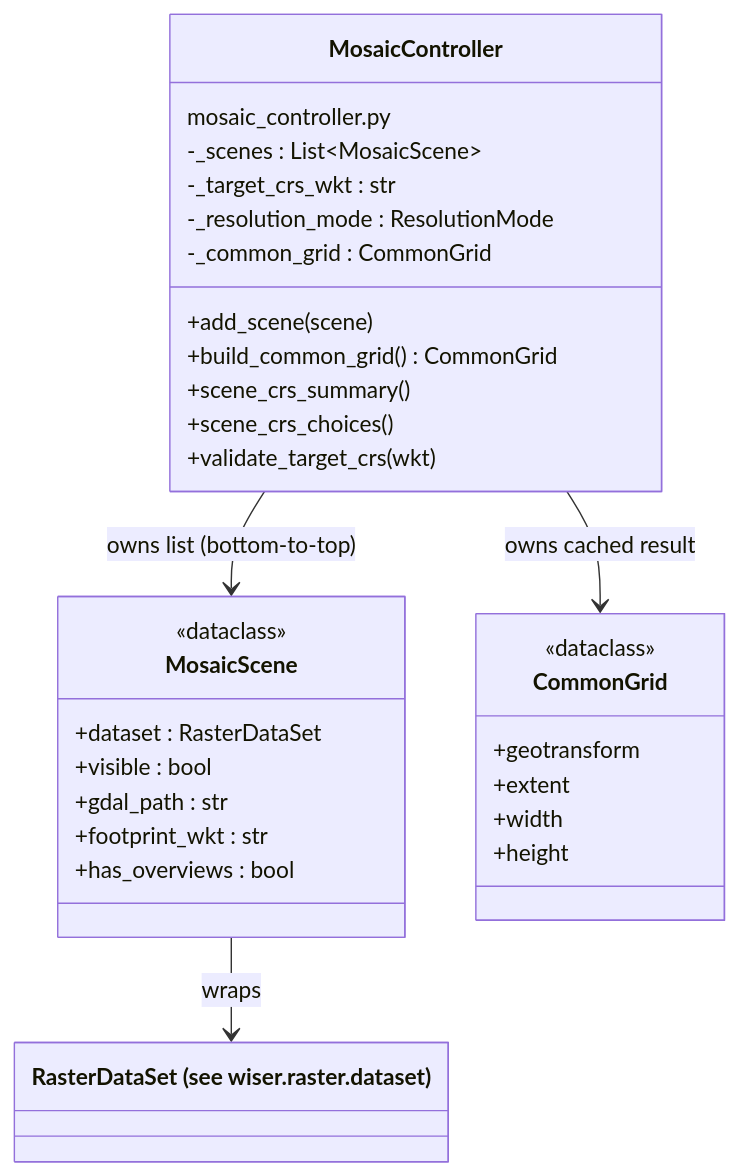
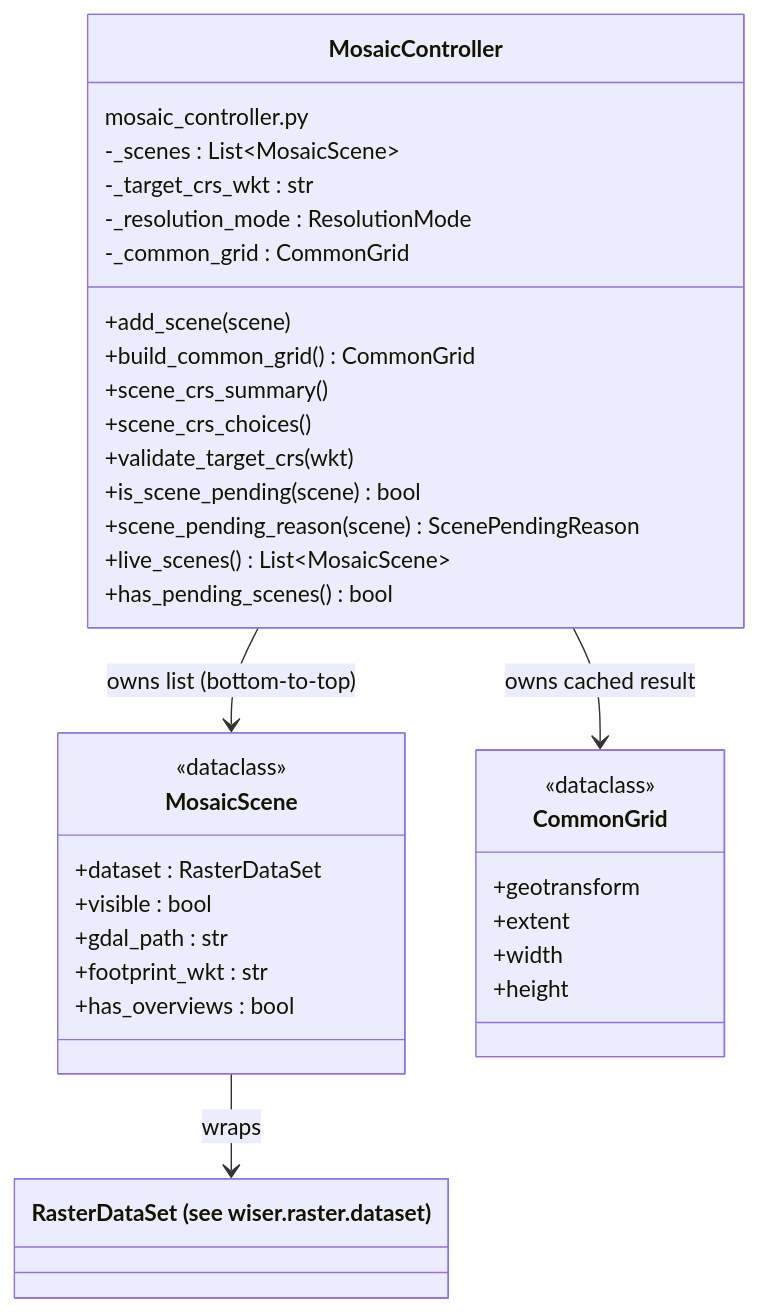
One commit to Ehlmann-research-group/WISER changed the second of 8 diagrams in doc/sphinx-general-wiser-docs/source/developer-content/mosaic-internals.md. Above: the diagram before and after it, drawn with Mermaid. The commit also changed other lines of this file, not shown here.

Commit message:
doc: Updating mosaic internals docs

````diff
--- a/doc/sphinx-general-wiser-docs/source/developer-content/mosaic-internals.md
+++ b/doc/sphinx-general-wiser-docs/source/developer-content/mosaic-internals.md
@@ -153,40 +156,44 @@
 ```{mermaid}
 classDiagram
     direction TB
 
     class RasterDataSet["RasterDataSet (see wiser.raster.dataset)"]
 
     class MosaicController {
         mosaic_controller.py
         -_scenes : List~MosaicScene~
         -_target_crs_wkt : str
         -_resolution_mode : ResolutionMode
         -_common_grid : CommonGrid
         +add_scene(scene)
         +build_common_grid() CommonGrid
         +scene_crs_summary()
         +scene_crs_choices()
         +validate_target_crs(wkt)
+        +is_scene_pending(scene) bool
+        +scene_pending_reason(scene) ScenePendingReason
+        +live_scenes() List~MosaicScene~
+        +has_pending_scenes() bool
     }
 
     class MosaicScene {
         <<dataclass>>
         +dataset : RasterDataSet
         +visible : bool
         +gdal_path : str
         +footprint_wkt : str
         +has_overviews : bool
     }
 
     class CommonGrid {
         <<dataclass>>
         +geotransform
         +extent
         +width
         +height
     }
 
     MosaicController --> MosaicScene : owns list (bottom-to-top)
     MosaicController --> CommonGrid : owns cached result
     MosaicScene --> RasterDataSet : wraps
 ```
````
